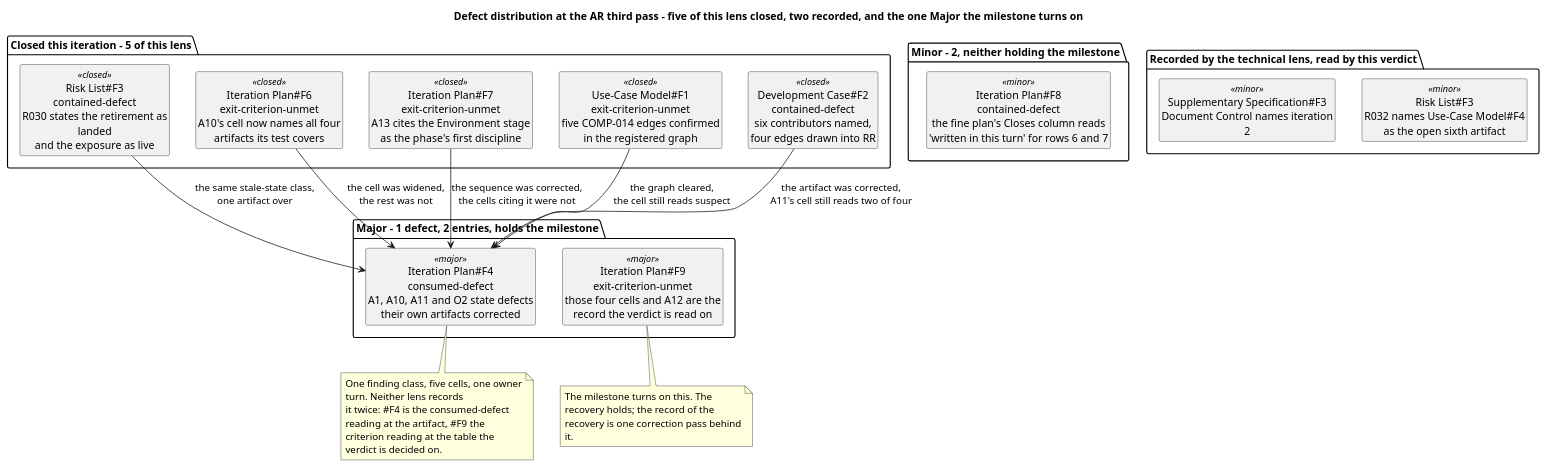
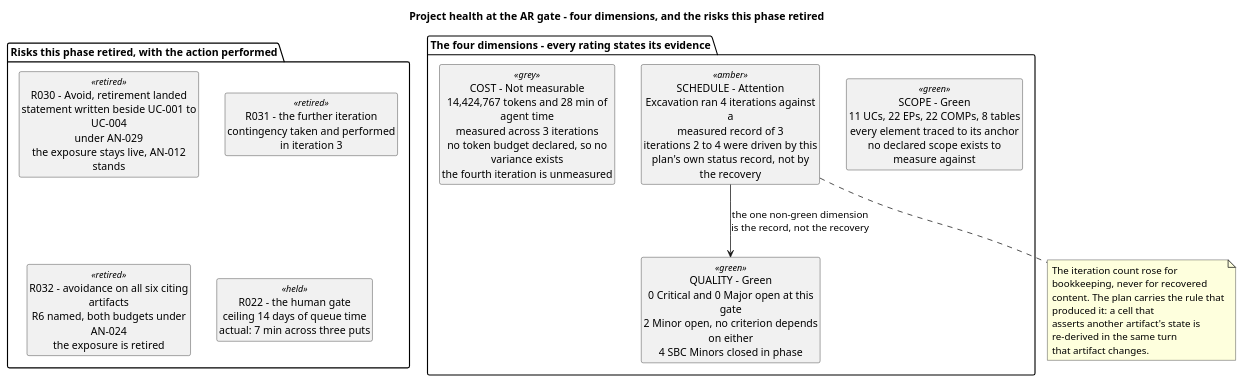
The seventh of 13 diagrams in docs/artifacts/project-management/review-record.md (banense-test/TodoApp), drawn with PlantUML before and after one commit. The commit also changed other lines of this file, not shown here.

Commit message:
Management Reviewer [Excavation4]: upsert Review Record
[skip ci]

````diff
--- a/docs/artifacts/project-management/review-record.md
+++ b/docs/artifacts/project-management/review-record.md
@@ -558,50 +537,30 @@
 ```plantuml
 @startuml
-title Defect distribution at the AR third pass - five of this lens closed, two recorded, and the one Major the milestone turns on
-
+title Project health at the AR gate - four dimensions, and the risks this phase retired
 skinparam shadowing false
-skinparam classAttributeIconSize 0
-skinparam wrapWidth 240
+skinparam wrapWidth 235
 hide circle
 hide empty members
 
-package "Closed this iteration - 5 of this lens" {
-  class "Risk List#F3\ncontained-defect\nR030 states the retirement as landed\nand the exposure as live" as C1 <<closed>>
-  class "Iteration Plan#F6\nexit-criterion-unmet\nA10's cell now names all four\nartifacts its test covers" as C2 <<closed>>
-  class "Iteration Plan#F7\nexit-criterion-unmet\nA13 cites the Environment stage\nas the phase's first discipline" as C3 <<closed>>
-  class "Use-Case Model#F1\nexit-criterion-unmet\nfive COMP-014 edges confirmed\nin the registered graph" as C4 <<closed>>
-  class "Development Case#F2\ncontained-defect\nsix contributors named,\nfour edges drawn into RR" as C5 <<closed>>
+package "The four dimensions - every rating states its evidence" {
+  class "SCOPE - Green\n11 UCs, 22 EPs, 22 COMPs, 8 tables\nevery element traced to its anchor\nno declared scope exists to measure against" as SC <<green>>
+  class "SCHEDULE - Attention\nExcavation ran 4 iterations against a\nmeasured record of 3\niterations 2 to 4 were driven by this\nplan's own status record, not by the recovery" as SD <<amber>>
+  class "COST - Not measurable\n14,424,767 tokens and 28 min of agent time\nmeasured across 3 iterations\nno token budget declared, so no variance exists\nthe fourth iteration is unmeasured" as CO <<grey>>
+  class "QUALITY - Green\n0 Critical and 0 Major open at this gate\n2 Minor open, no criterion depends on either\n4 SBC Minors closed in phase" as QU <<green>>
 }
 
-package "Major - 1 defect, 2 entries, holds the milestone" {
-  class "Iteration Plan#F4\nconsumed-defect\nA1, A10, A11 and O2 state defects\ntheir own artifacts corrected" as M1 <<major>>
-  class "Iteration Plan#F9\nexit-criterion-unmet\nthose four cells and A12 are the\nrecord the verdict is read on" as M2 <<major>>
+package "Risks this phase retired, with the action performed" {
+  class "R030 - Avoid, retirement landed\nstatement written beside UC-001 to UC-004\nunder AN-029\nthe exposure stays live, AN-012 stands" as R30 <<retired>>
+  class "R031 - the further iteration\ncontingency taken and performed in iteration 3" as R31 <<retired>>
+  class "R032 - avoidance on all six citing artifacts\nR6 named, both budgets under AN-024\nthe exposure is retired" as R32 <<retired>>
+  class "R022 - the human gate\nceiling 14 days of queue time\nactual: 7 min across three puts" as R22 <<held>>
 }
-
-package "Minor - 2, neither holding the milestone" {
-  class "Iteration Plan#F8\ncontained-defect\nthe fine plan's Closes column reads\n'written in this turn' for rows 6 and 7" as m1 <<minor>>
-}
-
-package "Recorded by the technical lens, read by this verdict" {
-  class "Risk List#F3\nR032 names Use-Case Model#F4\nas the open sixth artifact" as m2 <<minor>>
-  class "Supplementary Specification#F3\nDocument Control names iteration 2" as m3 <<minor>>
-}
-
-C1 --> M1 : the same stale-state class,\none artifact over
-C2 --> M1 : the cell was widened,\nthe rest was not
-C3 --> M1 : the sequence was corrected,\nthe cells citing it were not
-C4 --> M1 : the graph cleared,\nthe cell still reads suspect
-C5 --> M1 : the artifact was corrected,\nA11's cell still reads two of four
-
-note bottom of M1
-  One finding class, five cells, one owner turn. Neither lens records
-  it twice: #F4 is the consumed-defect reading at the artifact, #F9 the
-  criterion reading at the table the verdict is decided on.
+SD --> QU : the one non-green dimension\nis the record, not the recovery
+note bottom of SD
+  The iteration count rose for bookkeeping, never for recovered
+  content. The plan carries the rule that produced it: a cell that
+  asserts another artifact's state is re-derived in the same turn
+  that artifact changes.
 end note
-note bottom of M2
-  The milestone turns on this. The recovery holds; the record of the
-  recovery is one correction pass behind it.
-end note
-
 @enduml
 ```
````
